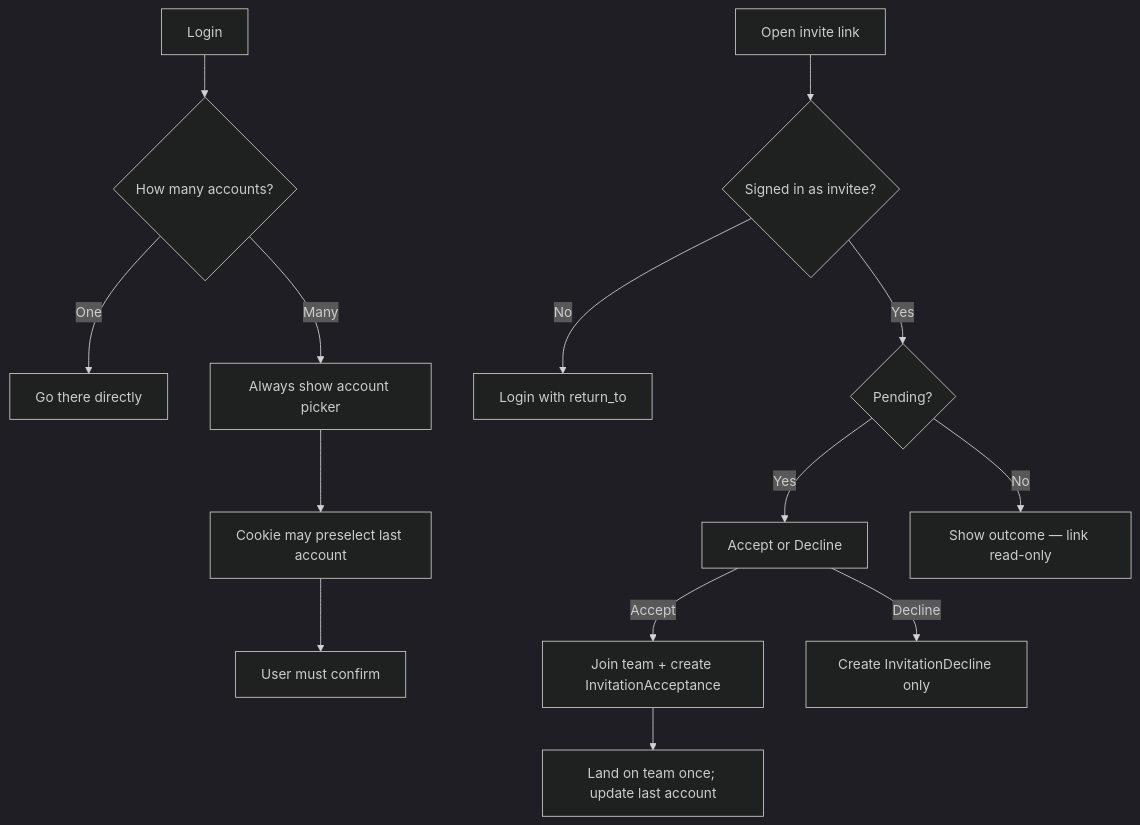
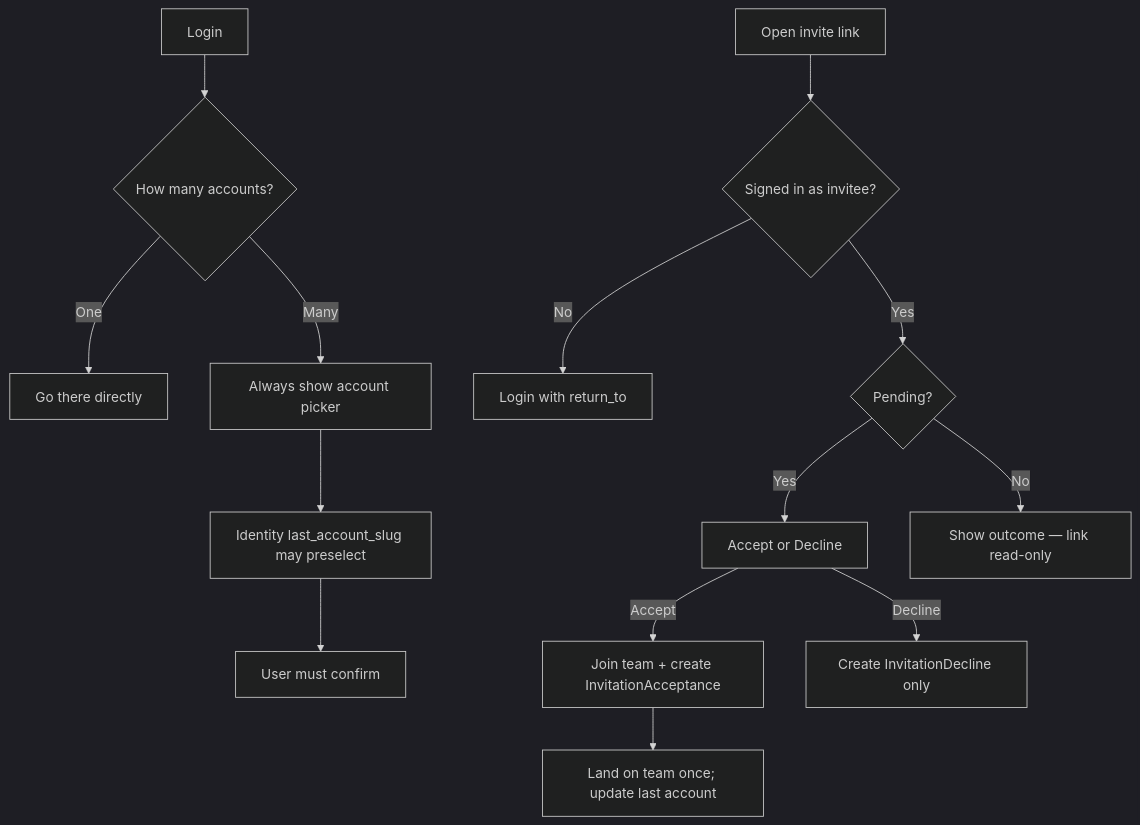
Before and after one commit to yuler/monosolo: the third of 3 diagrams in docs/core/ACCOUNT.md, drawn with Mermaid (dark theme). The commit also changed other lines of this file and 92 other files, not shown here.

Commit message:
✨ [web,code] Add cookie-based magic-link sign-in and account dashboard (#40)

````diff
--- a/docs/core/ACCOUNT.md
+++ b/docs/core/ACCOUNT.md
@@ -67,16 +67,16 @@
 ```mermaid
 flowchart TD
   L[Login] --> M{How many accounts?}
   M -->|One| N[Go there directly]
   M -->|Many| O[Always show account picker]
-  O --> P[Cookie may preselect last account]
+  O --> P[Identity last_account_slug may preselect]
   P --> Q[User must confirm]
   R[Open invite link] --> S{Signed in as invitee?}
   S -->|No| T[Login with return_to]
   S -->|Yes| U{Pending?}
   U -->|Yes| V[Accept or Decline]
   V -->|Accept| W[Join team + create InvitationAcceptance]
   V -->|Decline| X[Create InvitationDecline only]
   U -->|No| Y[Show outcome — link read-only]
   W --> Z[Land on team once; update last account]
 ```
````
